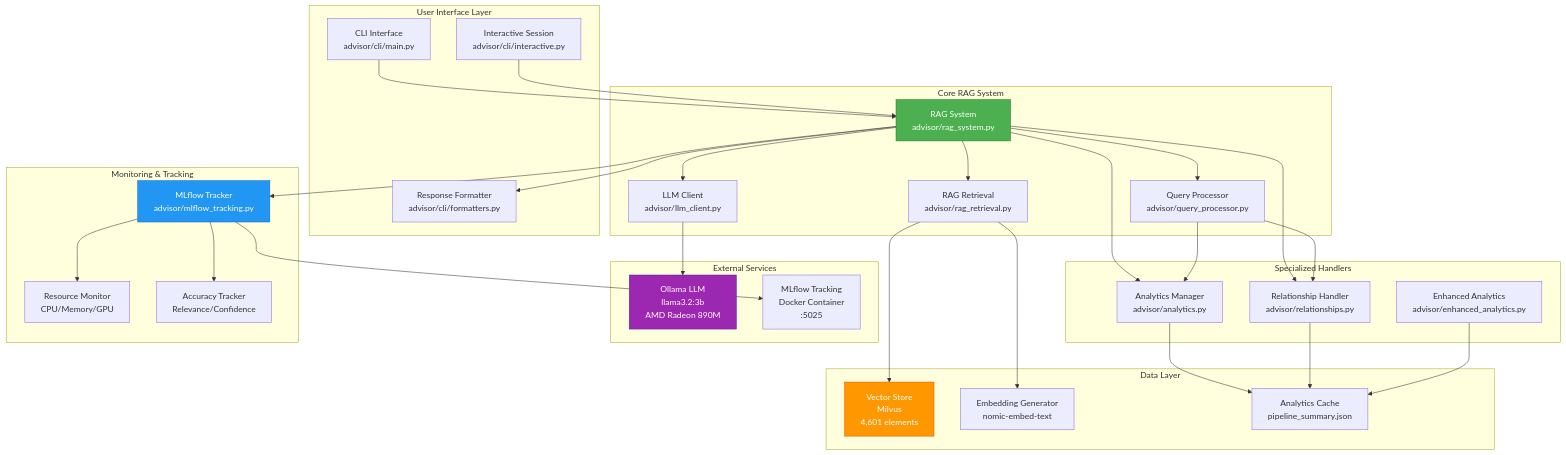
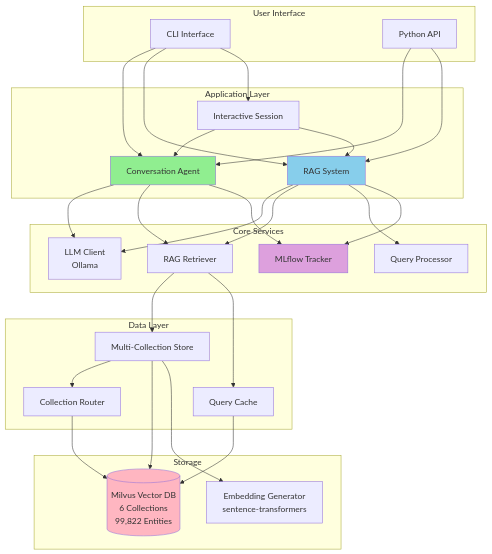
Before and after one commit to dwolfson/egeria-advisor: the first of 19 diagrams in SYSTEM_ARCHITECTURE.md, drawn with Mermaid. The commit also changed other lines of this file and 43 other files, not shown here.

````diff
--- a/SYSTEM_ARCHITECTURE.md
+++ b/SYSTEM_ARCHITECTURE.md
@@ -11,69 +9,64 @@
 ```mermaid
 graph TB
-    subgraph "User Interface Layer"
-        CLI[CLI Interface<br/>advisor/cli/main.py]
-        Interactive[Interactive Session<br/>advisor/cli/interactive.py]
-        Formatter[Response Formatter<br/>advisor/cli/formatters.py]
+    subgraph "User Interface"
+        CLI[CLI Interface]
+        API[Python API]
     end
     
-    subgraph "Core RAG System"
-        RAG[RAG System<br/>advisor/rag_system.py]
-        QP[Query Processor<br/>advisor/query_processor.py]
-        Retriever[RAG Retrieval<br/>advisor/rag_retrieval.py]
-        LLM[LLM Client<br/>advisor/llm_client.py]
+    subgraph "Application Layer"
+        Agent[Conversation Agent]
+        RAGSys[RAG System]
+        Interactive[Interactive Session]
     end
     
-    subgraph "Specialized Handlers"
-        Analytics[Analytics Manager<br/>advisor/analytics.py]
-        Relationships[Relationship Handler<br/>advisor/relationships.py]
-        Enhanced[Enhanced Analytics<br/>advisor/enhanced_analytics.py]
+    subgraph "Core Services"
+        LLM[LLM Client<br/>Ollama]
+        RAGRet[RAG Retriever]
+        QueryProc[Query Processor]
+        MLflow[MLflow Tracker]
     end
     
     subgraph "Data Layer"
-        VectorStore[Vector Store<br/>Milvus<br/>4,601 elements]
-        Embeddings[Embedding Generator<br/>nomic-embed-text]
-        Cache[Analytics Cache<br/>pipeline_summary.json]
+        MultiStore[Multi-Collection Store]
+        Router[Collection Router]
+        Cache[Query Cache]
     end
     
-    subgraph "External Services"
-        Ollama[Ollama LLM<br/>llama3.2:3b<br/>AMD Radeon 890M]
-        MLflow[MLflow Tracking<br/>Docker Container<br/>:5025]
+    subgraph "Storage"
+        Milvus[(Milvus Vector DB<br/>6 Collections<br/>99,822 Entities)]
+        Embeddings[Embedding Generator<br/>sentence-transformers]
     end
     
-    subgraph "Monitoring & Tracking"
-        Tracker[MLflow Tracker<br/>advisor/mlflow_tracking.py]
-        ResourceMon[Resource Monitor<br/>CPU/Memory/GPU]
-        AccuracyTrack[Accuracy Tracker<br/>Relevance/Confidence]
-    end
+    CLI --> Agent
+    CLI --> RAGSys
+    CLI --> Interactive
+    API --> Agent
+    API --> RAGSys
     
-    CLI --> RAG
-    Interactive --> RAG
-    RAG --> Formatter
+    Agent --> LLM
+    Agent --> RAGRet
+    Agent --> MLflow
     
-    RAG --> QP
-    RAG --> Retriever
-    RAG --> LLM
-    RAG --> Analytics
-    RAG --> Relationships
-    RAG --> Tracker
+    RAGSys --> LLM
+    RAGSys --> RAGRet
+    RAGSys --> QueryProc
+    RAGSys --> MLflow
     
-    QP --> Analytics
-    QP --> Relationships
+    Interactive --> Agent
+    Interactive --> RAGSys
     
-    Retriever --> VectorStore
-    Retriever --> Embeddings
+    RAGRet --> MultiStore
+    RAGRet --> Cache
     
-    Analytics --> Cache
-    Relationships --> Cache
-    Enhanced --> Cache
+    MultiStore --> Router
+    MultiStore --> Milvus
+    MultiStore --> Embeddings
     
-    LLM --> Ollama
-    Tracker --> MLflow
-    Tracker --> ResourceMon
-    Tracker --> AccuracyTrack
+    Router --> Milvus
+    Cache --> Milvus
     
-    style RAG fill:#4CAF50,stroke:#2E7D32,color:#fff
-    style Tracker fill:#2196F3,stroke:#1565C0,color:#fff
-    style VectorStore fill:#FF9800,stroke:#E65100,color:#fff
-    style Ollama fill:#9C27B0,stroke:#6A1B9A,color:#fff
+    style Agent fill:#90EE90
+    style RAGSys fill:#87CEEB
+    style Milvus fill:#FFB6C1
+    style MLflow fill:#DDA0DD
 ```
````
